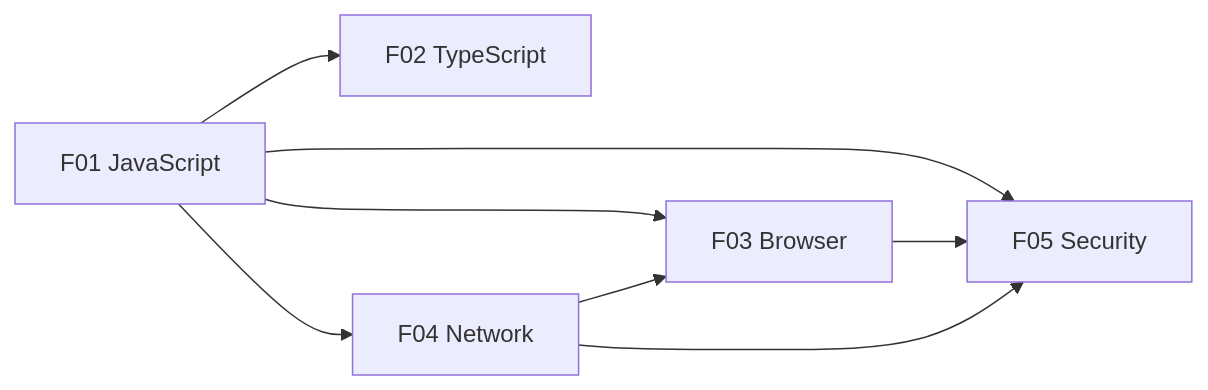
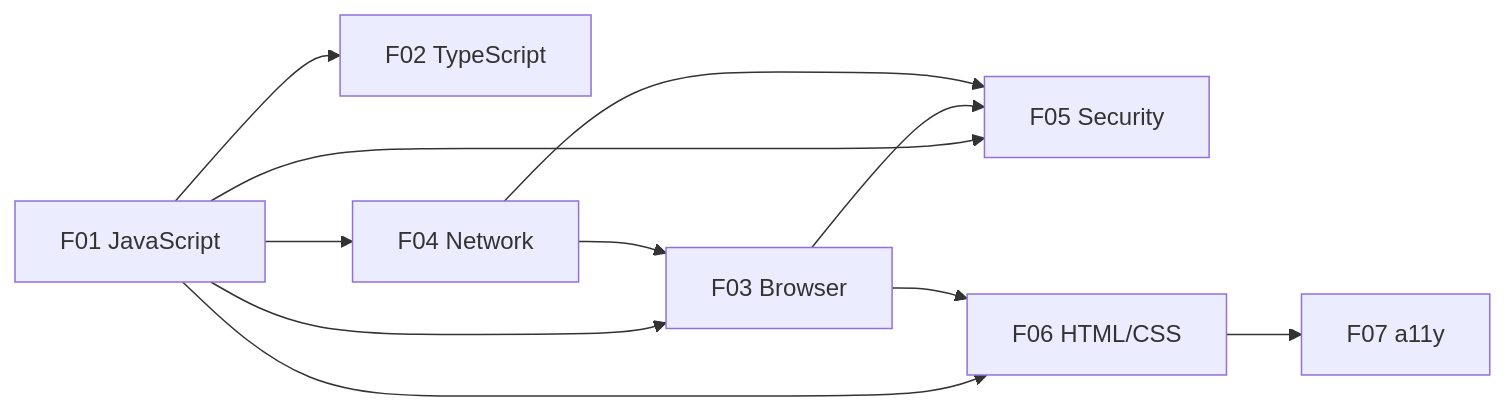
The second of 5 diagrams in docs/learning-path/01-knowledge-dependency-map.md (rendongping/jgs), drawn with Mermaid before and after one commit. The commit also changed other lines of this file and 103 other files, not shown here.

````diff
--- a/docs/learning-path/01-knowledge-dependency-map.md
+++ b/docs/learning-path/01-knowledge-dependency-map.md
@@ -36,10 +36,13 @@
 ```mermaid
 graph LR
     F01[F01 JavaScript] --> F02[F02 TypeScript]
     F01 --> F03[F03 Browser]
     F01 --> F04[F04 Network]
     F01 --> F05[F05 Security]
+    F01 --> F06[F06 HTML/CSS]
+    F06 --> F07[F07 a11y]
     F03 --> F05
     F04 --> F05
     F04 --> F03
+    F03 --> F06
 ```
````
